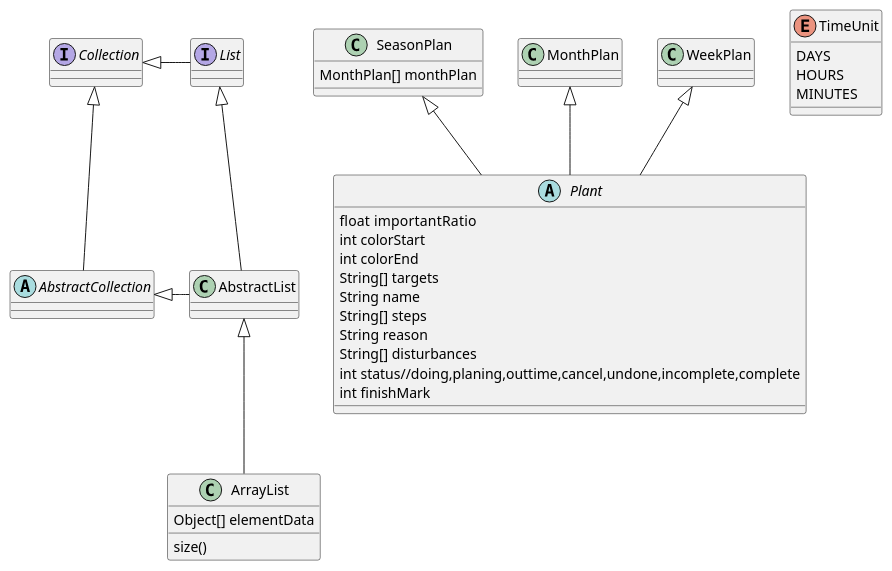
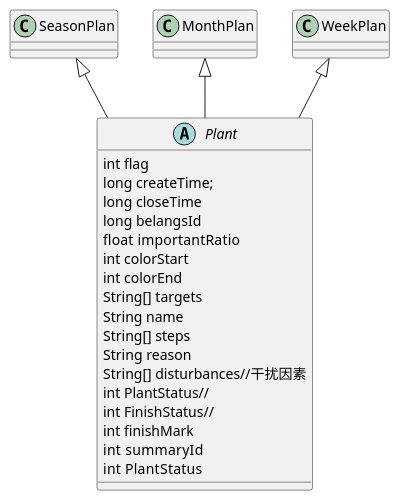
Before and after one commit to wallehuhuchaojian/controlSu: the diagram in deffect/src/main/java/com/walle/controlself/deffect/uml/seasonClass.puml, drawn with PlantUML. The commit also changed 12 other files, not shown here.

```diff
--- a/deffect/src/main/java/com/walle/controlself/deffect/uml/seasonClass.puml
+++ b/deffect/src/main/java/com/walle/controlself/deffect/uml/seasonClass.puml
@@ -1,44 +1,30 @@
 @startuml
 
 abstract class Plant{
+   int flag
+   long createTime;
+   long closeTime
+   long belangsId
    float  importantRatio
    int colorStart
    int colorEnd
    String[] targets
    String name
    String[] steps
    String reason
-   String[] disturbances
-   int status//doing,planing,outtime,cancel,undone,incomplete,complete
+   String[] disturbances//干扰因素
+   int PlantStatus//
+   int FinishStatus//
    int finishMark
+   int  summaryId
+   int  PlantStatus
 }
+
+
 SeasonPlan  <|-- Plant
 MonthPlan  <|-- Plant
 WeekPlan  <|-- Plant
-class SeasonPlan{
-   MonthPlan[] monthPlan
 
-}
-abstract AbstractCollection
-interface List
-interface Collection
 
-List <|-- AbstractList
-Collection <|-- AbstractCollection
-
-Collection <|- List
-AbstractCollection <|- AbstractList
-AbstractList <|-- ArrayList
-
-class ArrayList {
-Object[] elementData
-size()
-}
-
-enum TimeUnit {
-DAYS
-HOURS
-MINUTES
-}
 
 @enduml
```
